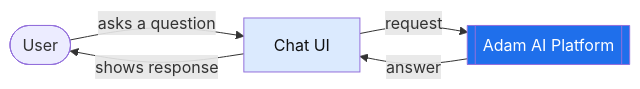
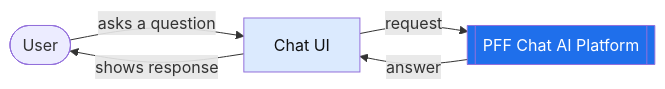
Before and after one commit to gobimca87/PF-FT: the first of 38 diagrams in docs/ppt/c4-architecture-diagrams.md, drawn with Mermaid. The commit also changed other lines of this file and 203 other files, not shown here.

First line of the commit message:
refactor(persona): rename chat persona "Adam AI" to "PFF Chat AI" everywhere

````diff
--- a/docs/ppt/c4-architecture-diagrams.md
+++ b/docs/ppt/c4-architecture-diagrams.md
@@ -122,9 +122,9 @@
 ```mermaid
 flowchart LR
     U([User]) -->|asks a question| UI[Chat UI]
-    UI -->|request| AI[[Adam AI Platform]]
+    UI -->|request| AI[[PFF Chat AI Platform]]
     AI -->|answer| UI
     UI -->|shows response| U
     style AI fill:#1f6feb,color:#fff
     style UI fill:#dbeafe,color:#111
 ```
````
